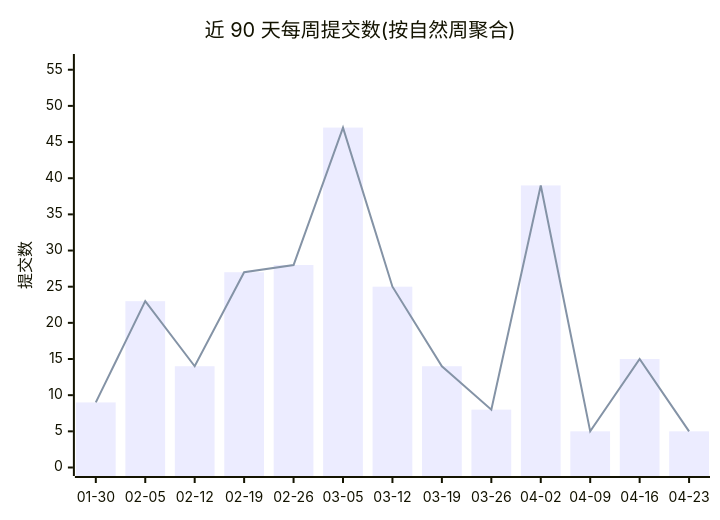
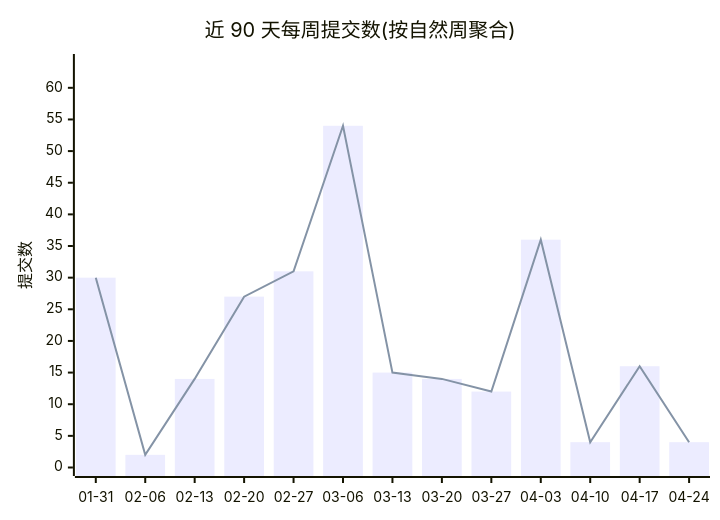
The first of 2 diagrams in profile/README.md (Conflux-Union/.github), drawn with Mermaid before and after one commit. The commit also changed other lines of this file and 1 other file, not shown here.

Commit message:
chore(stats): refresh org commit stats

````diff
--- a/profile/README.md
+++ b/profile/README.md
@@ -44,8 +44,8 @@
 ```mermaid
 xychart-beta
     title "近 90 天每周提交数(按自然周聚合)"
-    x-axis ["01-30", "02-05", "02-12", "02-19", "02-26", "03-05", "03-12", "03-19", "03-26", "04-02", "04-09", "04-16", "04-23"]
-    y-axis "提交数" 0 --> 56
-    bar [9, 23, 14, 27, 28, 47, 25, 14, 8, 39, 5, 15, 5]
-    line [9, 23, 14, 27, 28, 47, 25, 14, 8, 39, 5, 15, 5]
+    x-axis ["01-31", "02-06", "02-13", "02-20", "02-27", "03-06", "03-13", "03-20", "03-27", "04-03", "04-10", "04-17", "04-24"]
+    y-axis "提交数" 0 --> 64
+    bar [30, 2, 14, 27, 31, 54, 15, 14, 12, 36, 4, 16, 4]
+    line [30, 2, 14, 27, 31, 54, 15, 14, 12, 36, 4, 16, 4]
 ```
````
